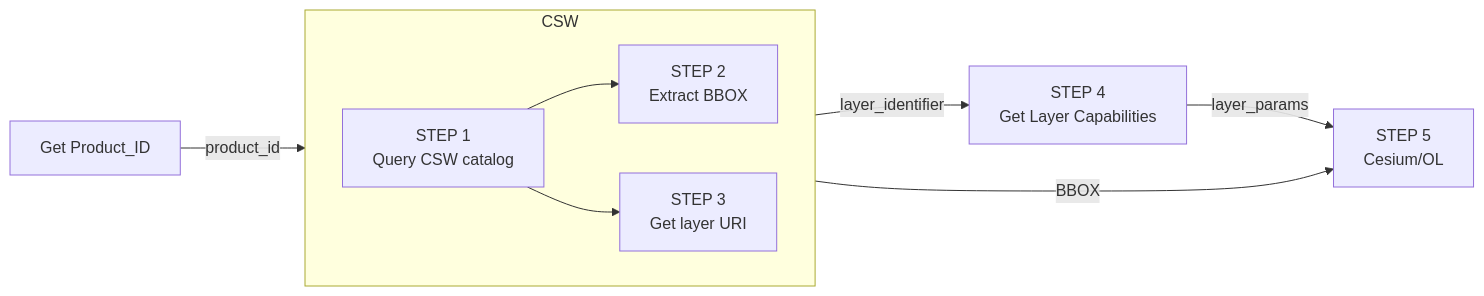
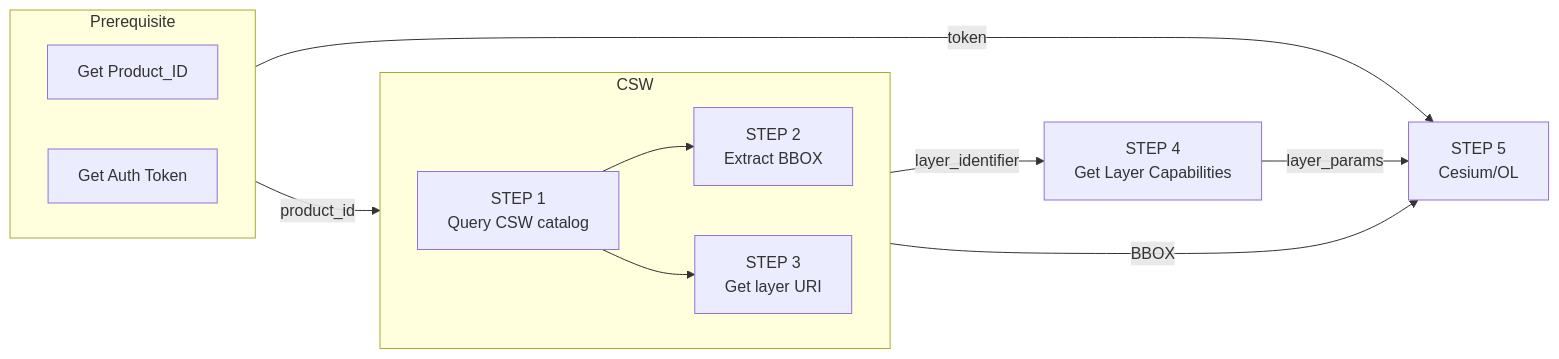
The diagram in docs/getting-started/get_start_raster.md (MapColonies/developer-portal), drawn with Mermaid before and after one commit. The commit also changed other lines of this file and 7 other files, not shown here.

````diff
--- a/docs/getting-started/get_start_raster.md
+++ b/docs/getting-started/get_start_raster.md
@@ -9,13 +9,20 @@
 ```mermaid
 flowchart LR
     subgraph CSW
       direction LR
       b1[STEP 1 <br/> Query CSW catalog] --> b2[STEP 2<br/> Extract BBOX]
       b1 --> b3[STEP 3<br/>Get layer URI]
     end
 
-    A[Get Product_ID] -- product_id --> b1
+    subgraph  Prerequisite
+      direction LR
+      a1[Get Product_ID]
+      a2[Get Auth Token]
+    end
+
+    a1 -- product_id --> b1
+    a2 -- token --> D
     b3  -- layer_identifier --> C[STEP 4<br/> Get Layer Capabilities]
     b2 -- BBOX --> D[STEP 5<br/> Cesium/OL]
     C -- layer_params --> D
 ```
````
